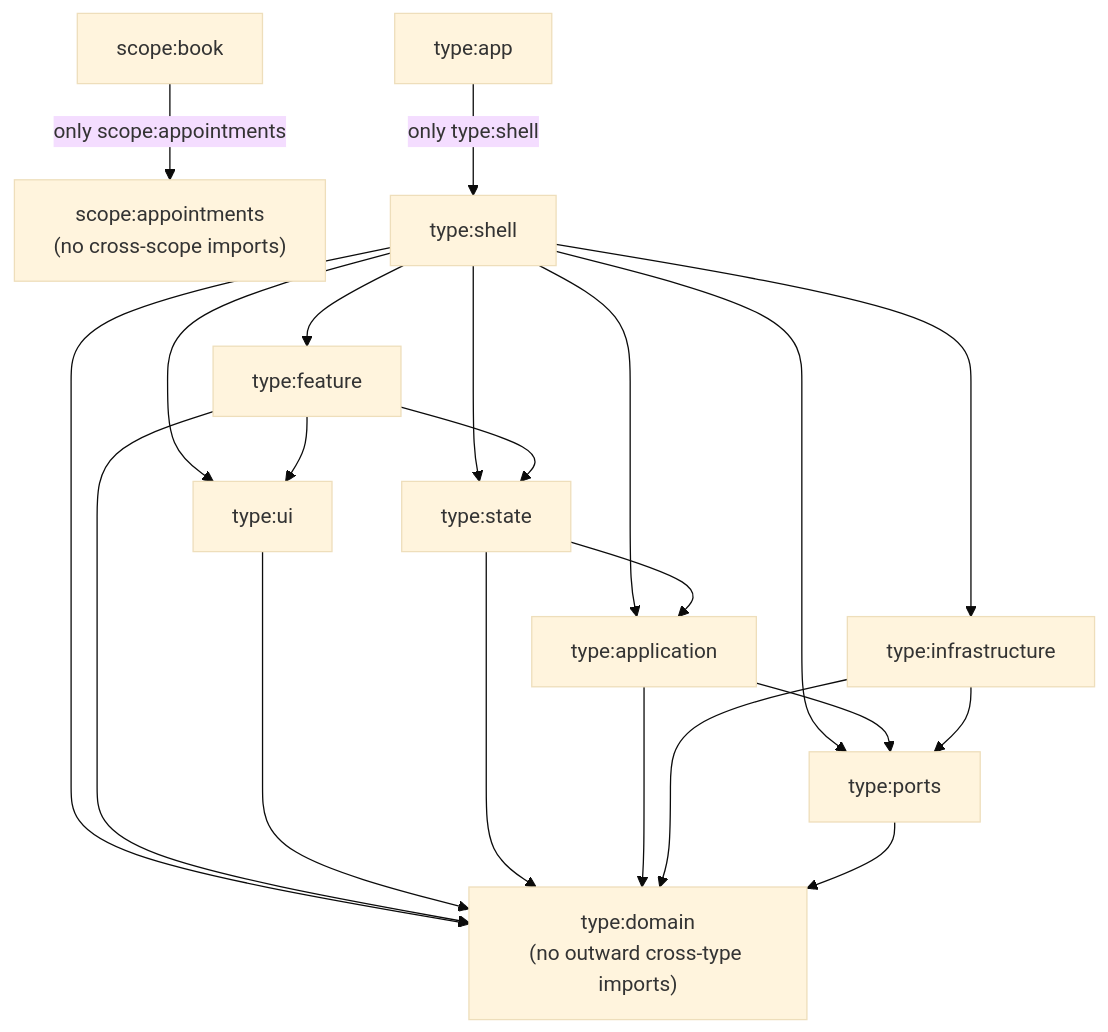
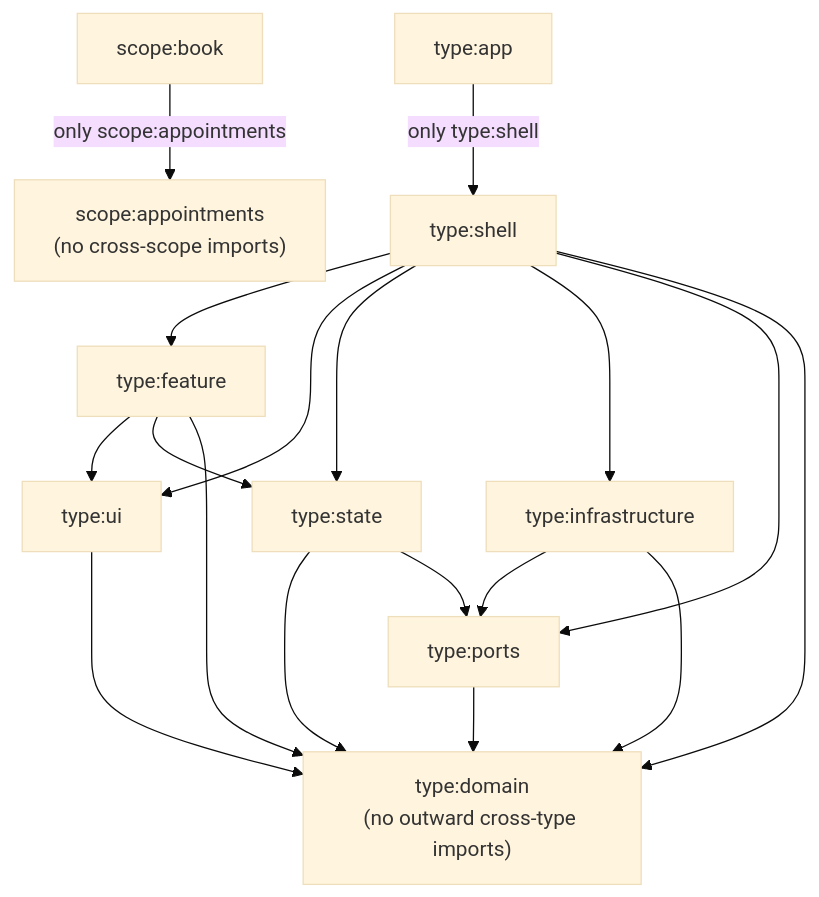
The second of 3 diagrams in README.md (Gillesf31/hexa), drawn with Mermaid (base theme) before and after one commit. The commit also changed other lines of this file and 1 other file, not shown here.

````diff
--- a/README.md
+++ b/README.md
@@ -58,24 +55,21 @@
 ```mermaid
 flowchart TB
   BOOK_SCOPE["scope:book"] -->|"only scope:appointments"| APPOINTMENTS_SCOPE["scope:appointments\n(no cross-scope imports)"]
 
   APP_TYPE["type:app"] -->|"only type:shell"| SHELL_TYPE["type:shell"]
   SHELL_TYPE --> FEATURE_TYPE["type:feature"]
   SHELL_TYPE --> UI_TYPE["type:ui"]
   SHELL_TYPE --> STATE_TYPE["type:state"]
-  SHELL_TYPE --> APPLICATION_TYPE["type:application"]
   SHELL_TYPE --> INFRASTRUCTURE_TYPE["type:infrastructure"]
   SHELL_TYPE --> PORTS_TYPE["type:ports"]
   SHELL_TYPE --> DOMAIN_TYPE["type:domain\n(no outward cross-type imports)"]
   FEATURE_TYPE --> UI_TYPE
   FEATURE_TYPE --> STATE_TYPE
   FEATURE_TYPE --> DOMAIN_TYPE
   UI_TYPE --> DOMAIN_TYPE
-  STATE_TYPE --> APPLICATION_TYPE
   STATE_TYPE --> DOMAIN_TYPE
-  APPLICATION_TYPE --> PORTS_TYPE
-  APPLICATION_TYPE --> DOMAIN_TYPE
+  STATE_TYPE --> PORTS_TYPE
   INFRASTRUCTURE_TYPE --> PORTS_TYPE
   INFRASTRUCTURE_TYPE --> DOMAIN_TYPE
   PORTS_TYPE --> DOMAIN_TYPE
 ```
````
